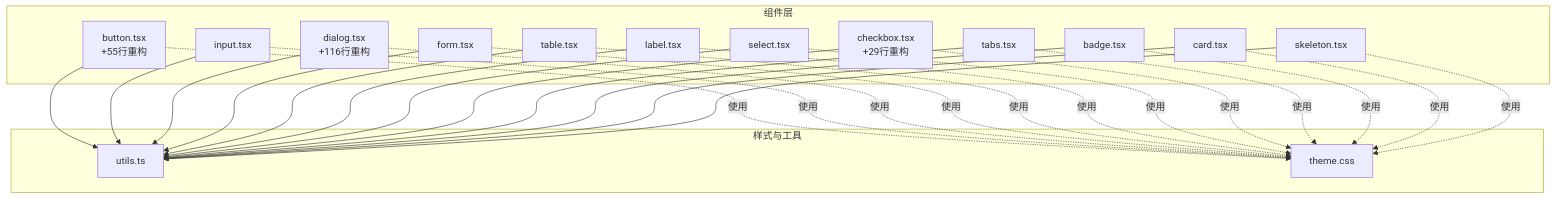
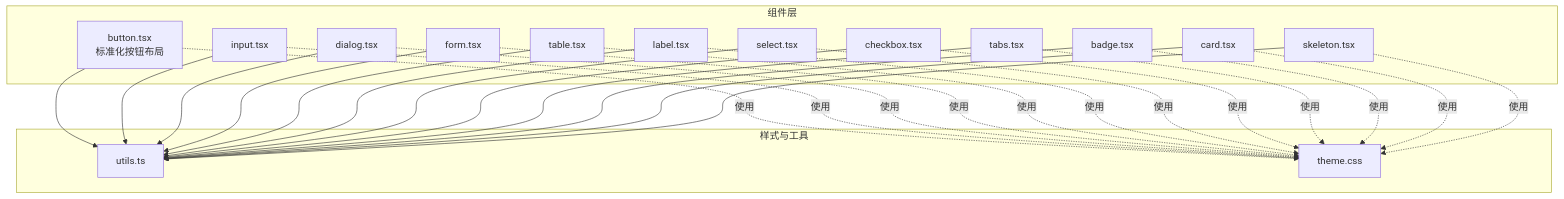
The first of 3 diagrams in .qoder/repowiki/zh/content/UI组件库/UI组件库.md (chinak/permission_apply), drawn with Mermaid before and after one commit. The commit also changed other lines of this file and 43 other files, not shown here.

````diff
--- a/.qoder/repowiki/zh/content/UI组件库/UI组件库.md
+++ b/.qoder/repowiki/zh/content/UI组件库/UI组件库.md
@@ -49,45 +48,45 @@
 ```mermaid
 graph TB
 subgraph "组件层"
-A["button.tsx<br/>+55行重构"]
+A["button.tsx<br/>标准化按钮布局"]
 B["input.tsx"]
-C["dialog.tsx<br/>+116行重构"]
+C["dialog.tsx"]
 D["form.tsx"]
 E["table.tsx"]
 F["label.tsx"]
 G["select.tsx"]
-H["checkbox.tsx<br/>+29行重构"]
+H["checkbox.tsx"]
 I["tabs.tsx"]
 J["badge.tsx"]
 K["card.tsx"]
 L["skeleton.tsx"]
 end
 subgraph "样式与工具"
 U["utils.ts"]
 T["theme.css"]
 end
 A --> U
 B --> U
 C --> U
 D --> U
 E --> U
 F --> U
 G --> U
 H --> U
 I --> U
 J --> U
 K --> U
 L --> U
 A -. 使用 .-> T
 B -. 使用 .-> T
 C -. 使用 .-> T
 D -. 使用 .-> T
 E -. 使用 .-> T
 F -. 使用 .-> T
 G -. 使用 .-> T
 H -. 使用 .-> T
 I -. 使用 .-> T
 J -. 使用 .-> T
 K -. 使用 .-> T
 L -. 使用 .-> T
 ```
````
